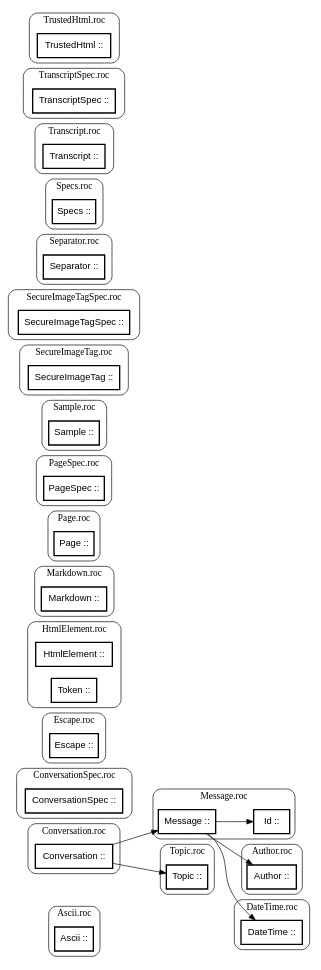
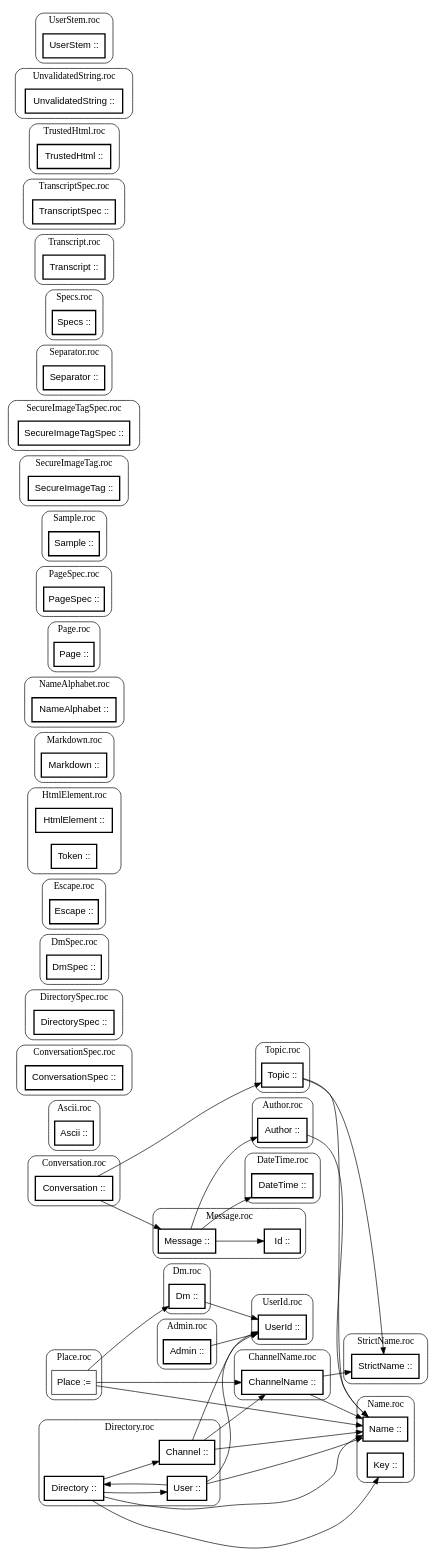
The second of 2 diagrams in notes/gopher-roc-pictures.md (showell/essay-repl-server), drawn with Graphviz before and after one commit. The commit also changed other lines of this file and 1 other file, not shown here.

Commit message:
notes: gopher-roc with users, channels and DMs

````diff
--- a/notes/gopher-roc-pictures.md
+++ b/notes/gopher-roc-pictures.md
@@ -87,6 +146,11 @@
   rankdir=LR;
   compound=true;
   node [shape=box, fontname="sans-serif"];
+  subgraph "cluster_Admin" {
+    label="Admin.roc";
+    style=rounded;
+    "Admin" [label="Admin ::", shape=box, style=bold];
+  }
   subgraph "cluster_Ascii" {
     label="Ascii.roc";
     style=rounded;
@@ -96,6 +160,11 @@
     label="Author.roc";
     style=rounded;
     "Author" [label="Author ::", shape=box, style=bold];
+  }
+  subgraph "cluster_ChannelName" {
+    label="ChannelName.roc";
+    style=rounded;
+    "ChannelName" [label="ChannelName ::", shape=box, style=bold];
   }
   subgraph "cluster_Conversation" {
     label="Conversation.roc";
@@ -111,6 +180,28 @@
     label="DateTime.roc";
     style=rounded;
     "DateTime" [label="DateTime ::", shape=box, style=bold];
+  }
+  subgraph "cluster_Directory" {
+    label="Directory.roc";
+    style=rounded;
+    "Directory" [label="Directory ::", shape=box, style=bold];
+    "Directory.User" [label="User ::", shape=box, style=bold];
+    "Directory.Channel" [label="Channel ::", shape=box, style=bold];
+  }
+  subgraph "cluster_DirectorySpec" {
+    label="DirectorySpec.roc";
+    style=rounded;
+    "DirectorySpec" [label="DirectorySpec ::", shape=box, style=bold];
+  }
+  subgraph "cluster_Dm" {
+    label="Dm.roc";
+    style=rounded;
+    "Dm" [label="Dm ::", shape=box, style=bold];
+  }
+  subgraph "cluster_DmSpec" {
+    label="DmSpec.roc";
+    style=rounded;
+    "DmSpec" [label="DmSpec ::", shape=box, style=bold];
   }
   subgraph "cluster_Escape" {
     label="Escape.roc";
@@ -134,6 +225,17 @@
     "Message" [label="Message ::", shape=box, style=bold];
     "Message.Id" [label="Id ::", shape=box, style=bold];
   }
+  subgraph "cluster_Name" {
+    label="Name.roc";
+    style=rounded;
+    "Name" [label="Name ::", shape=box, style=bold];
+    "Name.Key" [label="Key ::", shape=box, style=bold];
+  }
+  subgraph "cluster_NameAlphabet" {
+    label="NameAlphabet.roc";
+    style=rounded;
+    "NameAlphabet" [label="NameAlphabet ::", shape=box, style=bold];
+  }
   subgraph "cluster_Page" {
     label="Page.roc";
     style=rounded;
@@ -143,6 +245,11 @@
     label="PageSpec.roc";
     style=rounded;
     "PageSpec" [label="PageSpec ::", shape=box, style=bold];
+  }
+  subgraph "cluster_Place" {
+    label="Place.roc";
+    style=rounded;
+    "Place" [label="Place :=", shape=box];
   }
   subgraph "cluster_Sample" {
     label="Sample.roc";
@@ -169,6 +276,11 @@
     style=rounded;
     "Specs" [label="Specs ::", shape=box, style=bold];
   }
+  subgraph "cluster_StrictName" {
+    label="StrictName.roc";
+    style=rounded;
+    "StrictName" [label="StrictName ::", shape=box, style=bold];
+  }
   subgraph "cluster_Topic" {
     label="Topic.roc";
     style=rounded;
@@ -189,10 +301,45 @@
     style=rounded;
     "TrustedHtml" [label="TrustedHtml ::", shape=box, style=bold];
   }
+  subgraph "cluster_UnvalidatedString" {
+    label="UnvalidatedString.roc";
+    style=rounded;
+    "UnvalidatedString" [label="UnvalidatedString ::", shape=box, style=bold];
+  }
+  subgraph "cluster_UserId" {
+    label="UserId.roc";
+    style=rounded;
+    "UserId" [label="UserId ::", shape=box, style=bold];
+  }
+  subgraph "cluster_UserStem" {
+    label="UserStem.roc";
+    style=rounded;
+    "UserStem" [label="UserStem ::", shape=box, style=bold];
+  }
+  "Admin" -> "UserId";
+  "Author" -> "Name";
+  "ChannelName" -> "Name";
+  "ChannelName" -> "StrictName";
   "Conversation" -> "Message";
   "Conversation" -> "Topic";
+  "Directory" -> "Directory.User";
+  "Directory" -> "Directory.Channel";
+  "Directory" -> "Name";
+  "Directory" -> "Name.Key";
+  "Directory.User" -> "Directory";
+  "Directory.User" -> "Name";
+  "Directory.User" -> "UserId";
+  "Directory.Channel" -> "ChannelName";
+  "Directory.Channel" -> "Name";
+  "Directory.Channel" -> "UserId";
+  "Dm" -> "UserId";
   "Message" -> "Author";
   "Message" -> "DateTime";
   "Message" -> "Message.Id";
+  "Place" -> "ChannelName";
+  "Place" -> "Dm";
+  "Place" -> "Name";
+  "Topic" -> "Name";
+  "Topic" -> "StrictName";
 }
 ```
````
